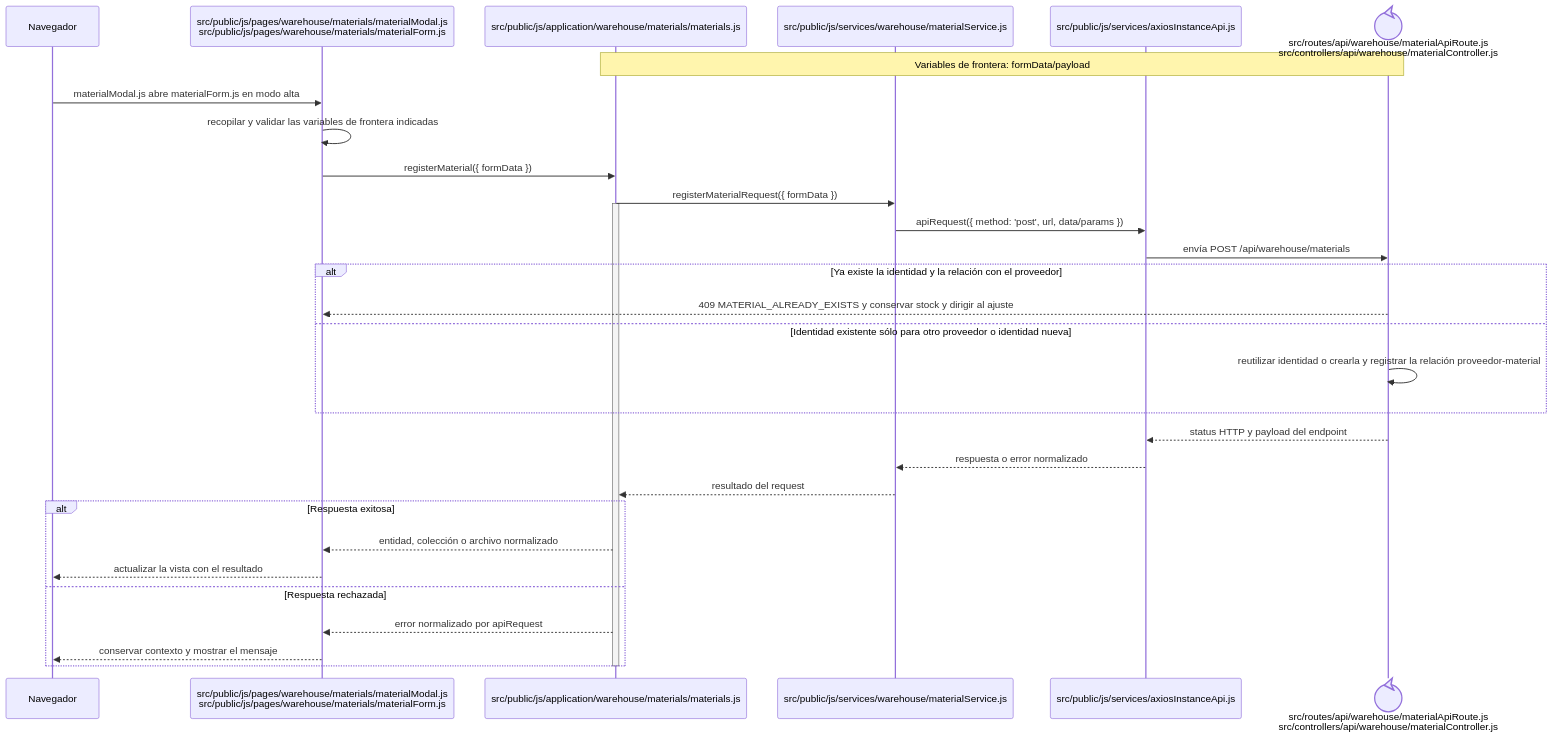
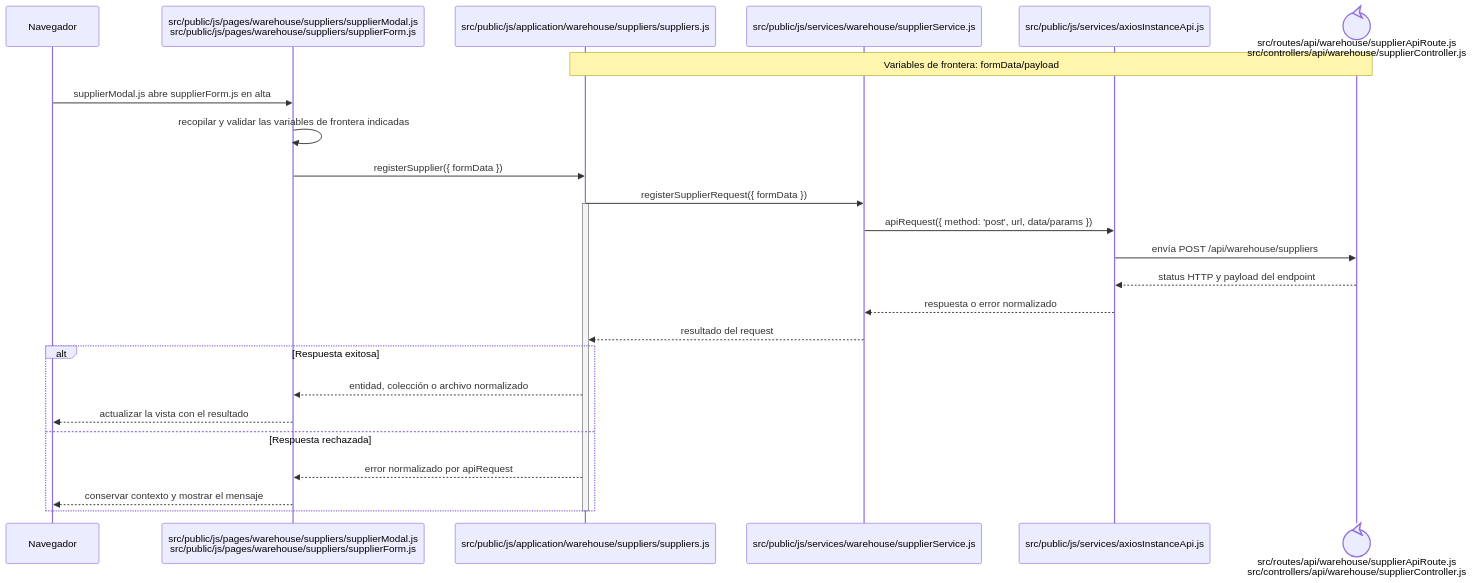
Before and after one commit to gpgsistemas01/nexus: the diagram in docs/architecture/frontend-code-sequences/catalogs/cu-cat-02.md, drawn with Mermaid. The commit also changed other lines of this file and 287 other files, not shown here.

````diff
--- a/docs/architecture/frontend-code-sequences/catalogs/cu-cat-02.md
+++ b/docs/architecture/frontend-code-sequences/catalogs/cu-cat-02.md
@@ -6,34 +6,29 @@
 ```mermaid
 sequenceDiagram
     participant Browser as Navegador
-    participant View as src/public/js/pages/warehouse/materials/materialModal.js<br/>src/public/js/pages/warehouse/materials/materialForm.js
-    participant Application as src/public/js/application/warehouse/materials/materials.js
-    participant Request as src/public/js/services/warehouse/materialService.js
+    participant View as src/public/js/pages/warehouse/suppliers/supplierModal.js<br/>src/public/js/pages/warehouse/suppliers/supplierForm.js
+    participant Application as src/public/js/application/warehouse/suppliers/suppliers.js
+    participant Request as src/public/js/services/warehouse/supplierService.js
     participant HTTP as src/public/js/services/axiosInstanceApi.js
-    participant Transport@{ "type": "control" } as src/routes/api/warehouse/materialApiRoute.js<br/>src/controllers/api/warehouse/materialController.js
+    participant Transport@{ "type": "control" } as src/routes/api/warehouse/supplierApiRoute.js<br/>src/controllers/api/warehouse/supplierController.js
     Note over Application,Transport: Variables de frontera: formData/payload
 
-    Browser->>View: materialModal.js abre materialForm.js en modo alta
+    Browser->>View: supplierModal.js abre supplierForm.js en alta
     View->>View: recopilar y validar las variables de frontera indicadas
-    View->>Application: registerMaterial({ formData })
-    Application->>Request: registerMaterialRequest({ formData })
+    View->>Application: registerSupplier({ formData })
+    Application->>Request: registerSupplierRequest({ formData })
     activate Application
     Request->>HTTP: apiRequest({ method: 'post', url, data/params })
-    HTTP->>Transport: envía POST /api/warehouse/materials
-    alt Ya existe la identidad y la relación con el proveedor
-        Transport-->>View: 409 MATERIAL_ALREADY_EXISTS y conservar stock y dirigir al ajuste
-    else Identidad existente sólo para otro proveedor o identidad nueva
-        Transport->>Transport: reutilizar identidad o crearla y registrar la relación proveedor-material
-    end
+    HTTP->>Transport: envía POST /api/warehouse/suppliers
     Transport-->>HTTP: status HTTP y payload del endpoint
     HTTP-->>Request: respuesta o error normalizado
     Request-->>Application: resultado del request
     alt Respuesta exitosa
         Application-->>View: entidad, colección o archivo normalizado
         View-->>Browser: actualizar la vista con el resultado
     else Respuesta rechazada
         Application-->>View: error normalizado por apiRequest
         View-->>Browser: conservar contexto y mostrar el mensaje
     end
     deactivate Application
 ```
````
